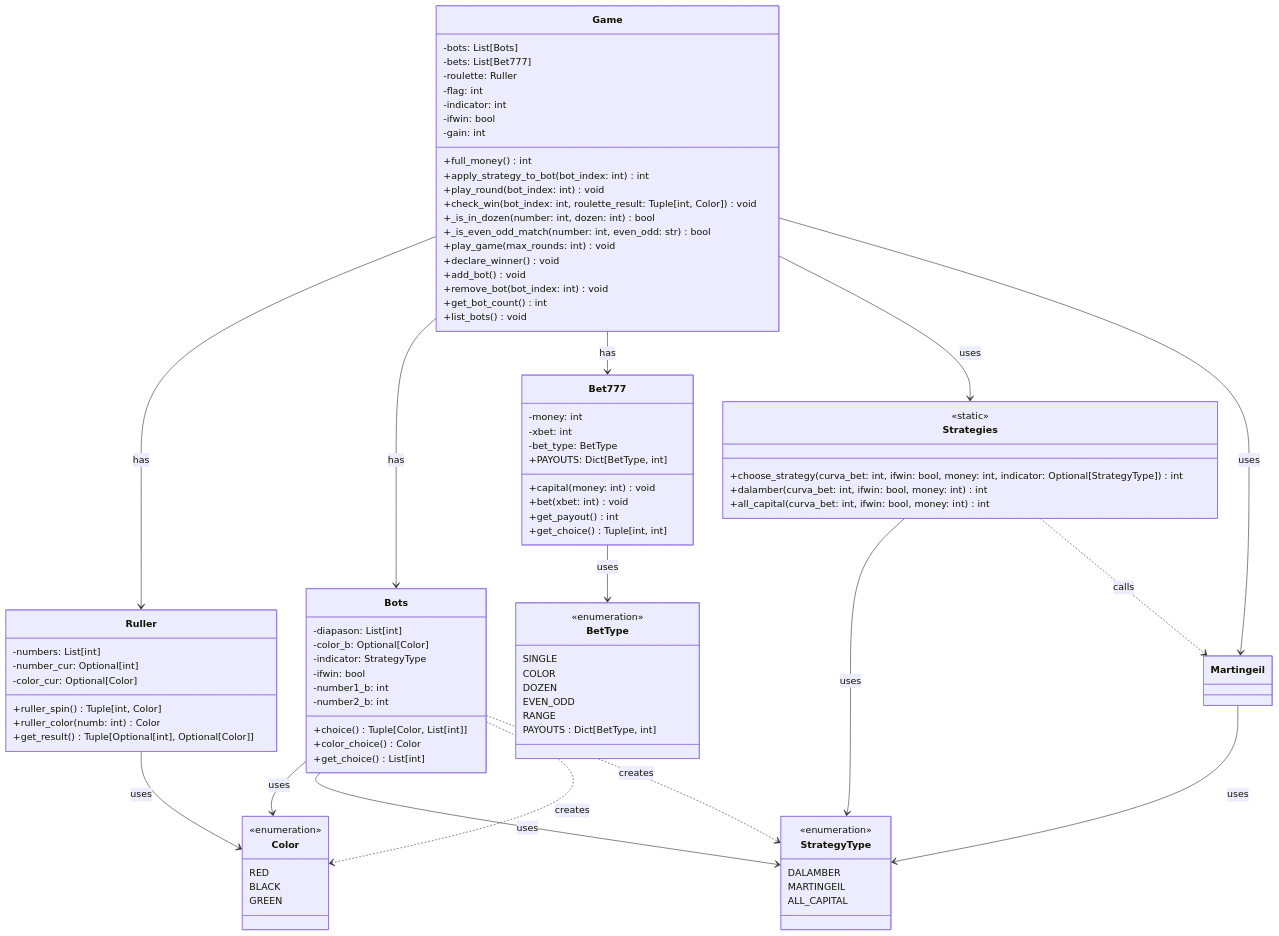
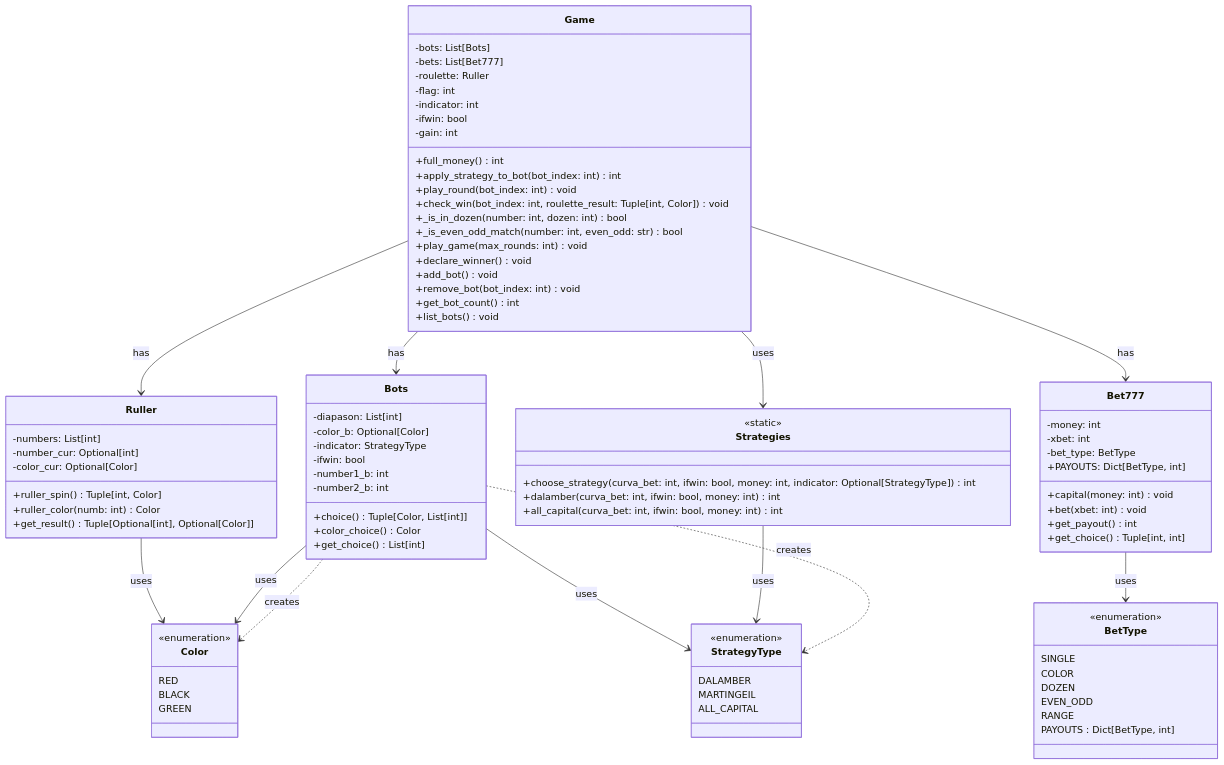
The diagram in project/diagram_classes.mermaid (Blaukitty/spbu-python-course), drawn with Mermaid before and after one commit.

```diff
--- a/project/diagram_classes.mermaid
+++ b/project/diagram_classes.mermaid
@@ -1,105 +1,102 @@
 classDiagram
     %% Enumerations
     class StrategyType {
         <<enumeration>>
         DALAMBER
         MARTINGEIL
         ALL_CAPITAL
     }
 
     class Color {
         <<enumeration>>
         RED
         BLACK
         GREEN
     }
 
     class BetType {
         <<enumeration>>
         SINGLE
         COLOR
         DOZEN
         EVEN_ODD
         RANGE
         PAYOUTS : Dict[BetType, int]
     }
 
     %% Main Classes
     class Ruller {
         -numbers: List[int]
         -number_cur: Optional[int]
         -color_cur: Optional[Color]
         +ruller_spin() Tuple[int, Color]
         +ruller_color(numb: int) Color
         +get_result() Tuple[Optional[int], Optional[Color]]
     }
 
     class Bots {
         -diapason: List[int]
         -color_b: Optional[Color]
         -indicator: StrategyType
         -ifwin: bool
         -number1_b: int
         -number2_b: int
         +choice() Tuple[Color, List[int]]
         +color_choice() Color
         +get_choice() List[int]
     }
 
     class Bet777 {
         -money: int
         -xbet: int
         -bet_type: BetType
         +PAYOUTS: Dict[BetType, int]
         +capital(money: int) void
         +bet(xbet: int) void
         +get_payout() int
         +get_choice() Tuple[int, int]
     }
 
     class Strategies {
         <<static>>
         +choose_strategy(curva_bet: int, ifwin: bool, money: int, indicator: Optional[StrategyType]) int
         +dalamber(curva_bet: int, ifwin: bool, money: int) int
         +all_capital(curva_bet: int, ifwin: bool, money: int) int
     }
 
     class Game {
         -bots: List[Bots]
         -bets: List[Bet777]
         -roulette: Ruller
         -flag: int
         -indicator: int
         -ifwin: bool
         -gain: int
         +full_money() int
         +apply_strategy_to_bot(bot_index: int) int
         +play_round(bot_index: int) void
         +check_win(bot_index: int, roulette_result: Tuple[int, Color]) void
         +_is_in_dozen(number: int, dozen: int) bool
         +_is_even_odd_match(number: int, even_odd: str) bool
         +play_game(max_rounds: int) void
         +declare_winner() void
         +add_bot() void
         +remove_bot(bot_index: int) void
         +get_bot_count() int
         +list_bots() void
     }
 
     %% Relationships
     Ruller --> Color : uses
     Bots --> Color : uses
     Bots --> StrategyType : uses
     Bet777 --> BetType : uses
     Strategies --> StrategyType : uses
-    Martingeil --> StrategyType : uses
     Game --> Ruller : has
     Game --> Bots : has
     Game --> Bet777 : has
     Game --> Strategies : uses
-    Game --> Martingeil : uses
 
     %% Dependency relationships
-    Strategies ..> Martingeil : calls
     Bots ..> Color : creates
     Bots ..> StrategyType : creates
```
